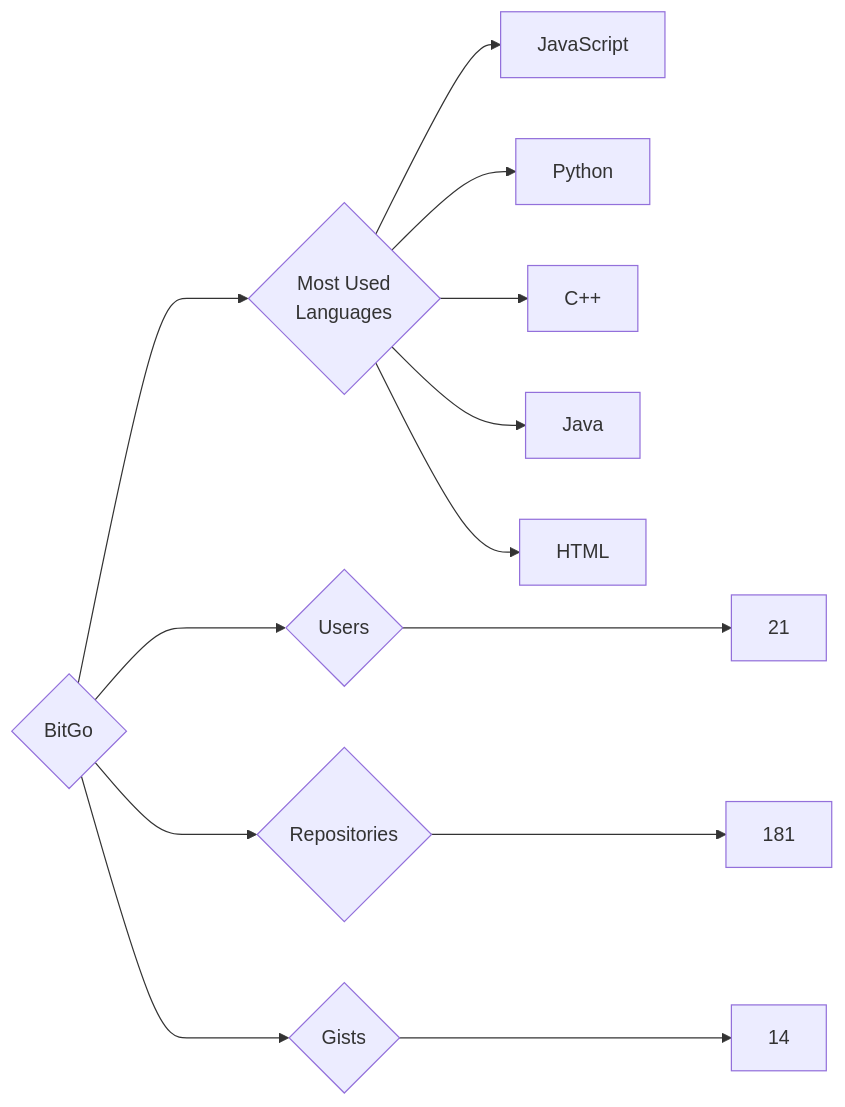
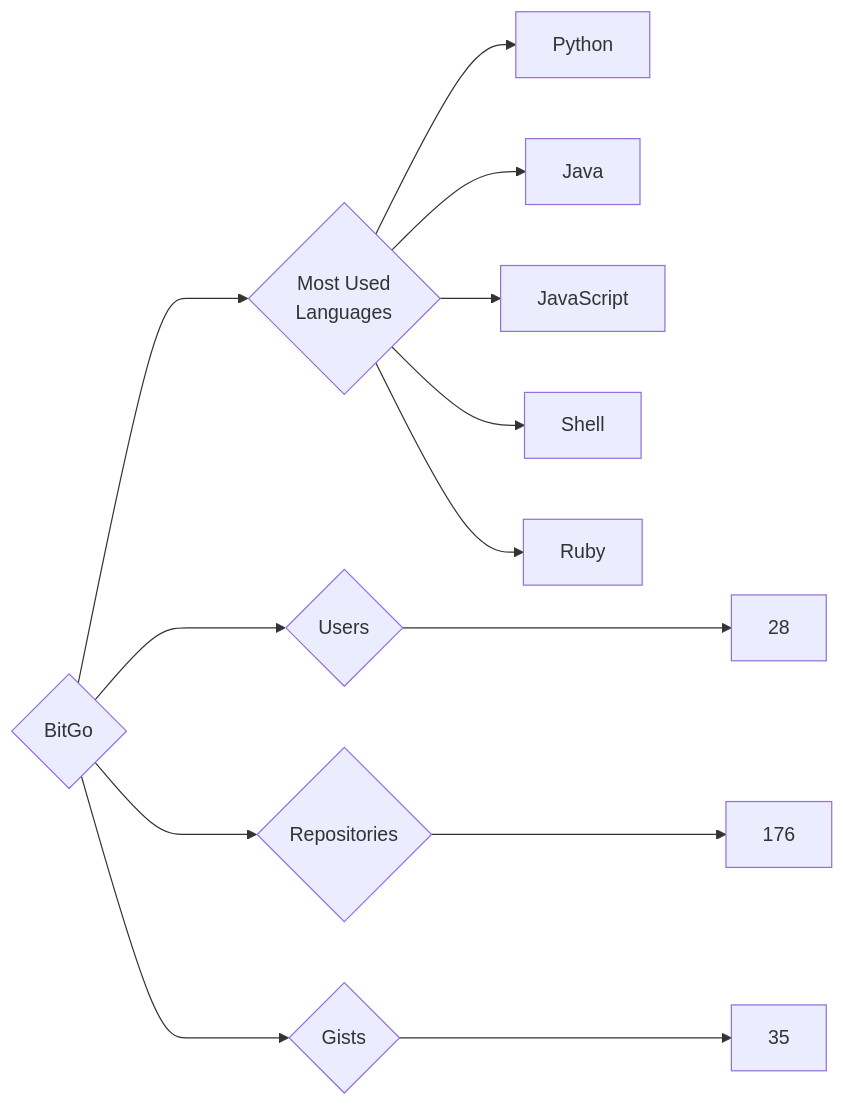
Before and after one commit to trickest/insiders: the diagram in targets/BitGo/README.md, drawn with Mermaid. The commit also changed 953 other files, not shown here.

````diff
--- a/targets/BitGo/README.md
+++ b/targets/BitGo/README.md
@@ -3,13 +3,13 @@
 ```mermaid
 graph LR
 COMPANY_NAME{BitGo}
-COMPANY_NAME ---> U{Users} ---> UN[21]
-COMPANY_NAME ---> R{Repositories} ---> RN[181]
-COMPANY_NAME ---> G{Gists} ---> GN[14]
+COMPANY_NAME ---> U{Users} ---> UN[28]
+COMPANY_NAME ---> R{Repositories} ---> RN[176]
+COMPANY_NAME ---> G{Gists} ---> GN[35]
 COMPANY_NAME ---> ML{Most Used<br>Languages}
+ML --> Python[Python]
+ML --> Java[Java]
 ML --> JavaScript[JavaScript]
-ML --> Python[Python]
-ML --> C++[C++]
-ML --> Java[Java]
-ML --> HTML[HTML]
+ML --> Shell[Shell]
+ML --> Ruby[Ruby]
 ```
````
